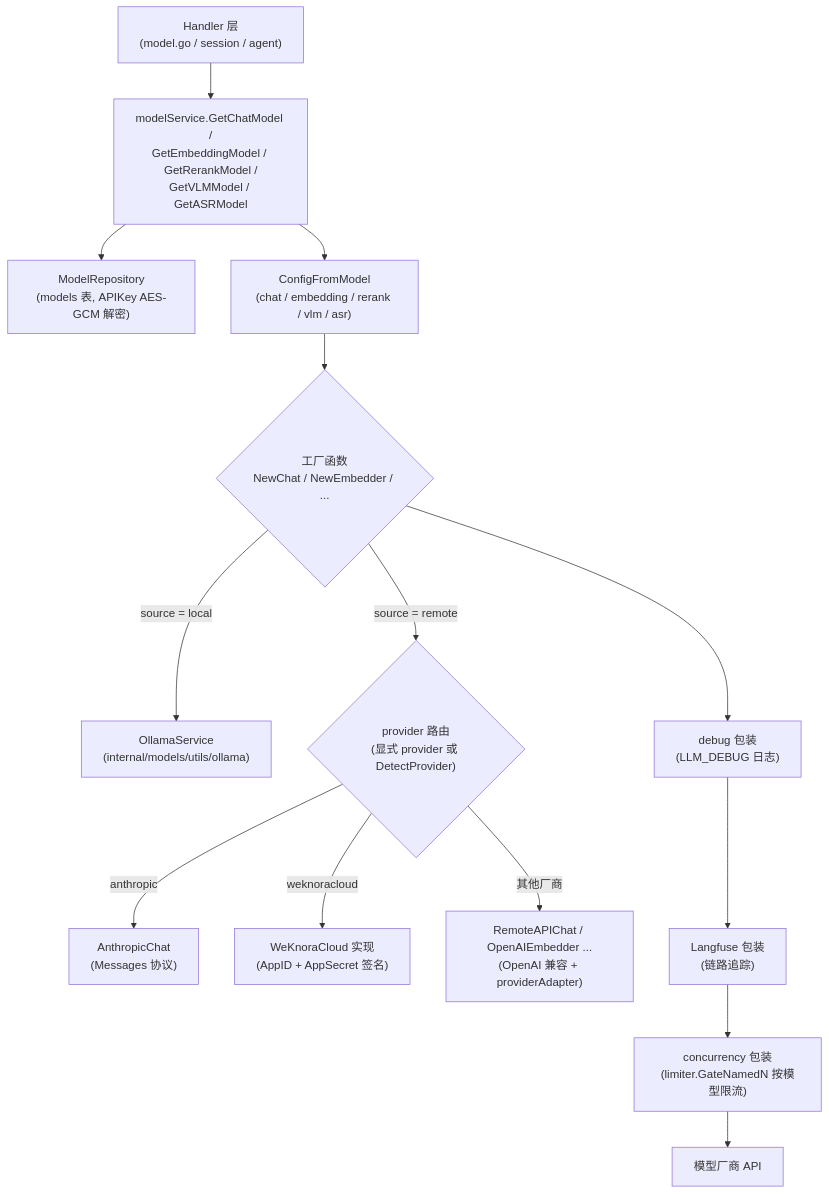
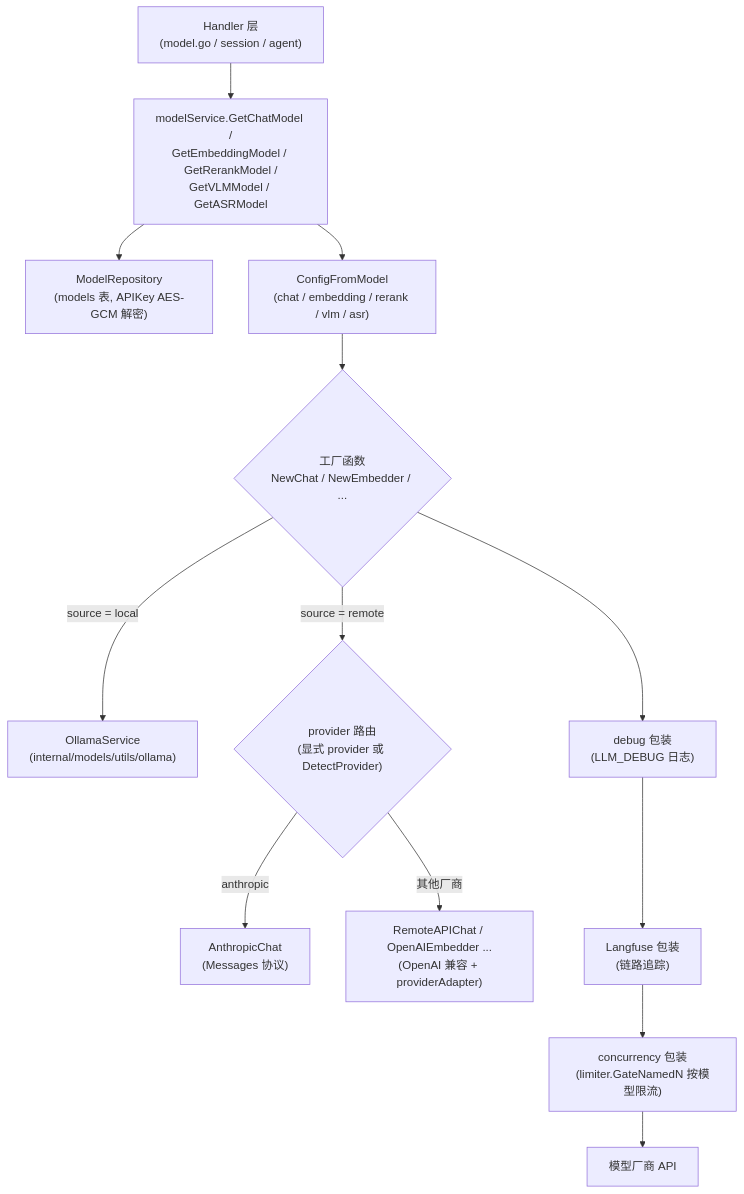
One commit to qinlei131479/WeKnora changed the diagram in apps/docs/03-features/06-models.md. Above: the diagram before and after it, drawn with Mermaid. The commit also changed other lines of this file and 66 other files, not shown here.

````diff
--- a/apps/docs/03-features/06-models.md
+++ b/apps/docs/03-features/06-models.md
@@ -123,16 +252,15 @@
 ```mermaid
 flowchart TD
     H["Handler 层<br/>(model.go / session / agent)"] --> S["modelService.GetChatModel /<br/>GetEmbeddingModel / GetRerankModel /<br/>GetVLMModel / GetASRModel"]
     S --> R["ModelRepository<br/>(models 表, APIKey AES-GCM 解密)"]
     S --> CF["ConfigFromModel<br/>(chat / embedding / rerank / vlm / asr)"]
     CF --> F{"工厂函数<br/>NewChat / NewEmbedder / ..."}
     F -->|"source = local"| OL["OllamaService<br/>(internal/models/utils/ollama)"]
     F -->|"source = remote"| PD{"provider 路由<br/>(显式 provider 或 DetectProvider)"}
     PD -->|"anthropic"| AN["AnthropicChat<br/>(Messages 协议)"]
-    PD -->|"weknoracloud"| WC["WeKnoraCloud 实现<br/>(AppID + AppSecret 签名)"]
     PD -->|"其他厂商"| OA["RemoteAPIChat / OpenAIEmbedder ...<br/>(OpenAI 兼容 + providerAdapter)"]
     F --> W1["debug 包装<br/>(LLM_DEBUG 日志)"]
     W1 --> W2["Langfuse 包装<br/>(链路追踪)"]
     W2 --> W3["concurrency 包装<br/>(limiter.GateNamedN 按模型限流)"]
     W3 --> P["模型厂商 API"]
 ```
````
